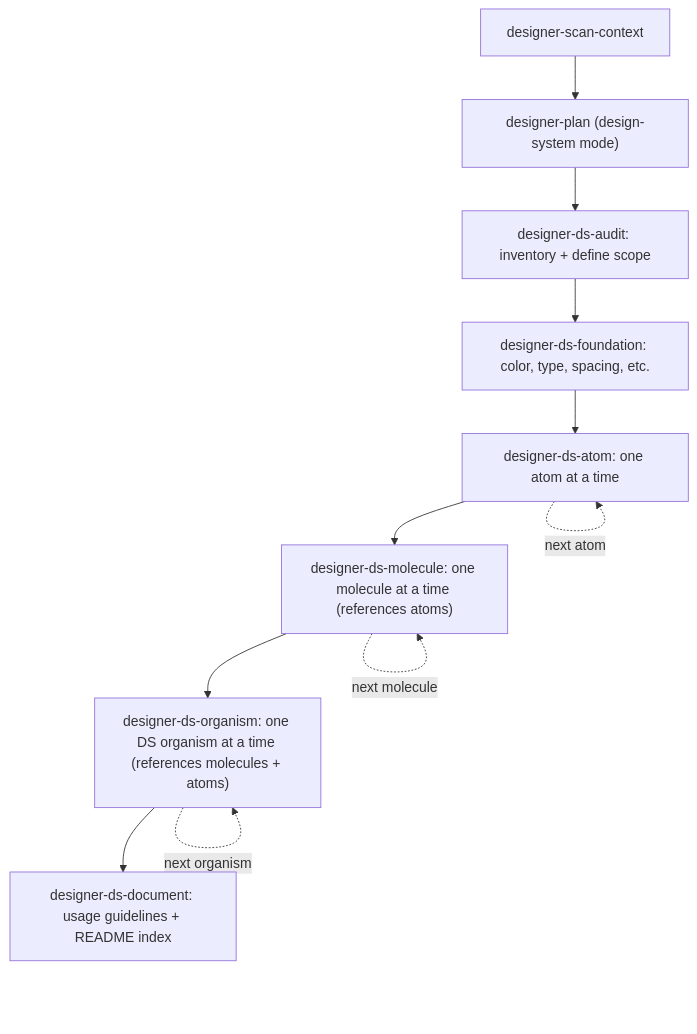
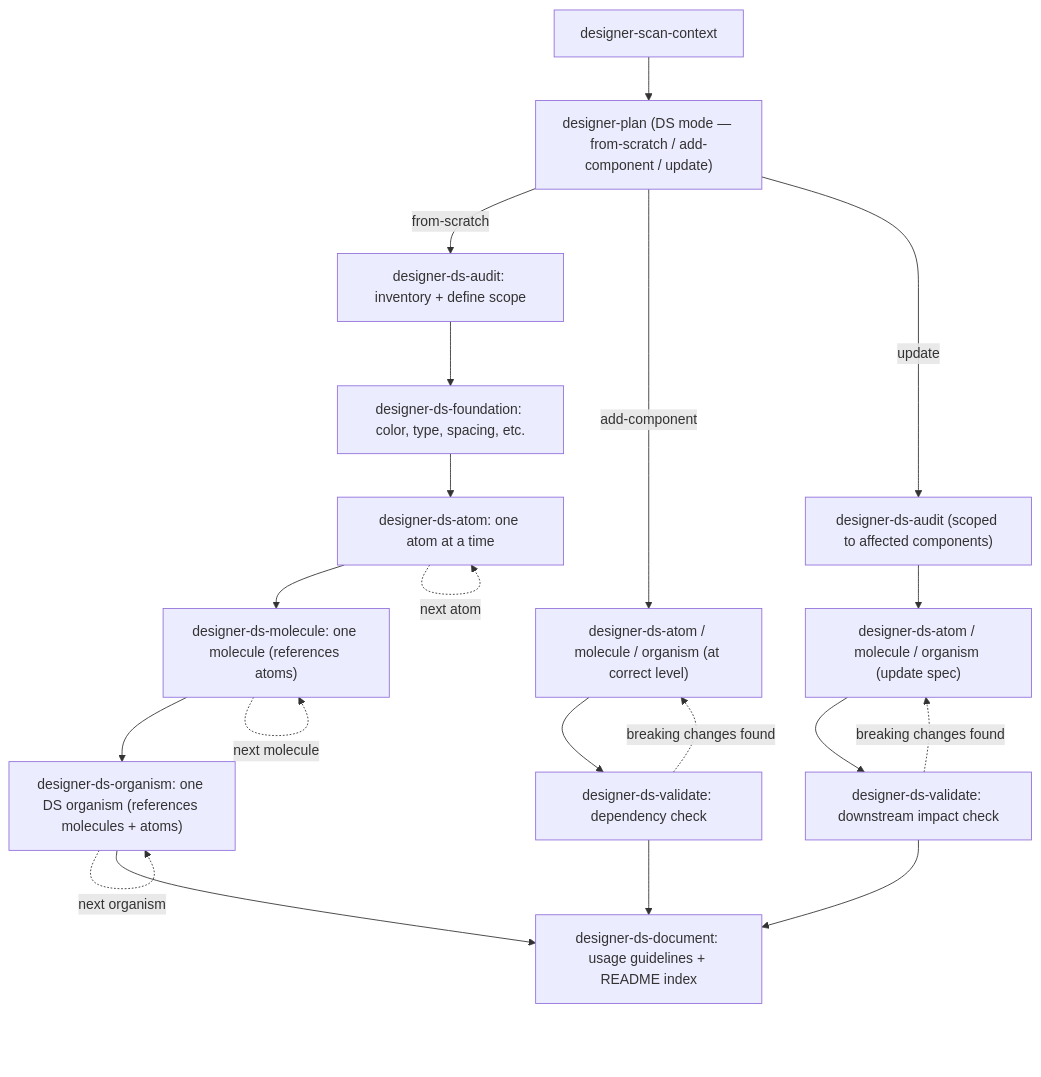
The second of 2 diagrams in assistants/designer-assistant/designer-assistant.md (hoang-transperfect/role-based-agents), drawn with Mermaid before and after one commit. The commit also changed other lines of this file and 4 other files, not shown here.

````diff
--- a/assistants/designer-assistant/designer-assistant.md
+++ b/assistants/designer-assistant/designer-assistant.md
@@ -114,13 +122,22 @@
 ```mermaid
 flowchart TD
-    SC["designer-scan-context"] --> PL["designer-plan (design-system mode)"]
-    PL --> AU["designer-ds-audit: inventory + define scope"]
+    SC["designer-scan-context"] --> PL["designer-plan (DS mode — from-scratch / add-component / update)"]
+    PL -->|from-scratch| AU["designer-ds-audit: inventory + define scope"]
     AU --> FN["designer-ds-foundation: color, type, spacing, etc."]
     FN --> AT["designer-ds-atom: one atom at a time"]
-    AT --> MO["designer-ds-molecule: one molecule at a time (references atoms)"]
-    MO --> OR["designer-ds-organism: one DS organism at a time (references molecules + atoms)"]
+    AT --> MO["designer-ds-molecule: one molecule (references atoms)"]
+    MO --> OR["designer-ds-organism: one DS organism (references molecules + atoms)"]
     OR --> DO["designer-ds-document: usage guidelines + README index"]
     AT -.->|next atom| AT
     MO -.->|next molecule| MO
     OR -.->|next organism| OR
+    PL -->|add-component| SP["designer-ds-atom / molecule / organism (at correct level)"]
+    SP --> VA["designer-ds-validate: dependency check"]
+    VA --> DO
+    PL -->|update| AU2["designer-ds-audit (scoped to affected components)"]
+    AU2 --> SP2["designer-ds-atom / molecule / organism (update spec)"]
+    SP2 --> VA2["designer-ds-validate: downstream impact check"]
+    VA2 --> DO
+    VA -.->|breaking changes found| SP
+    VA2 -.->|breaking changes found| SP2
 ```
````
